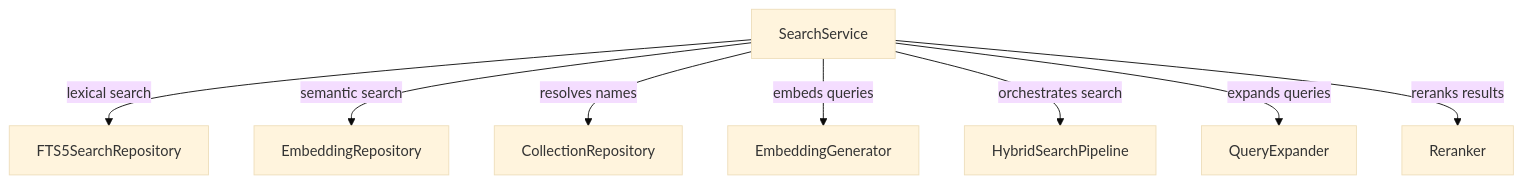
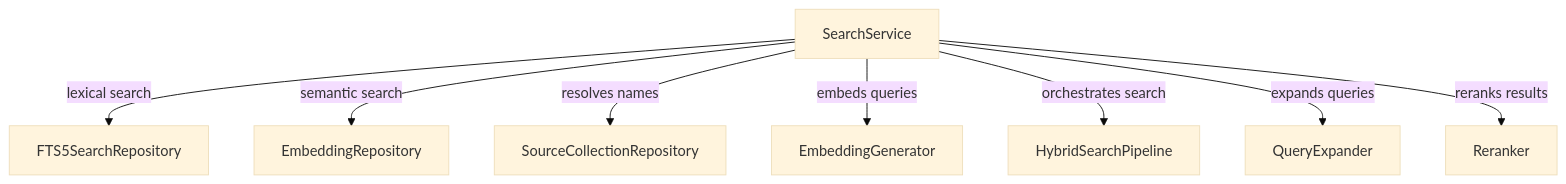
One commit to mikewaters/mdindex changed the second of 3 diagrams in src/pmd/services/README.md. Above: the diagram before and after it, drawn with Mermaid (base theme). The commit also changed other lines of this file and 35 other files, not shown here.

````diff
--- a/src/pmd/services/README.md
+++ b/src/pmd/services/README.md
@@ -84,10 +84,10 @@
 ```mermaid
 graph TD
     SearchService -- lexical search --> FTS5SearchRepository
     SearchService -- semantic search --> EmbeddingRepository
-    SearchService -- resolves names --> CollectionRepository
+    SearchService -- resolves names --> SourceCollectionRepository
     SearchService -- embeds queries --> EmbeddingGenerator
     SearchService -- orchestrates search --> HybridSearchPipeline
     SearchService -- expands queries --> QueryExpander
     SearchService -- reranks results --> Reranker
 ```
````
